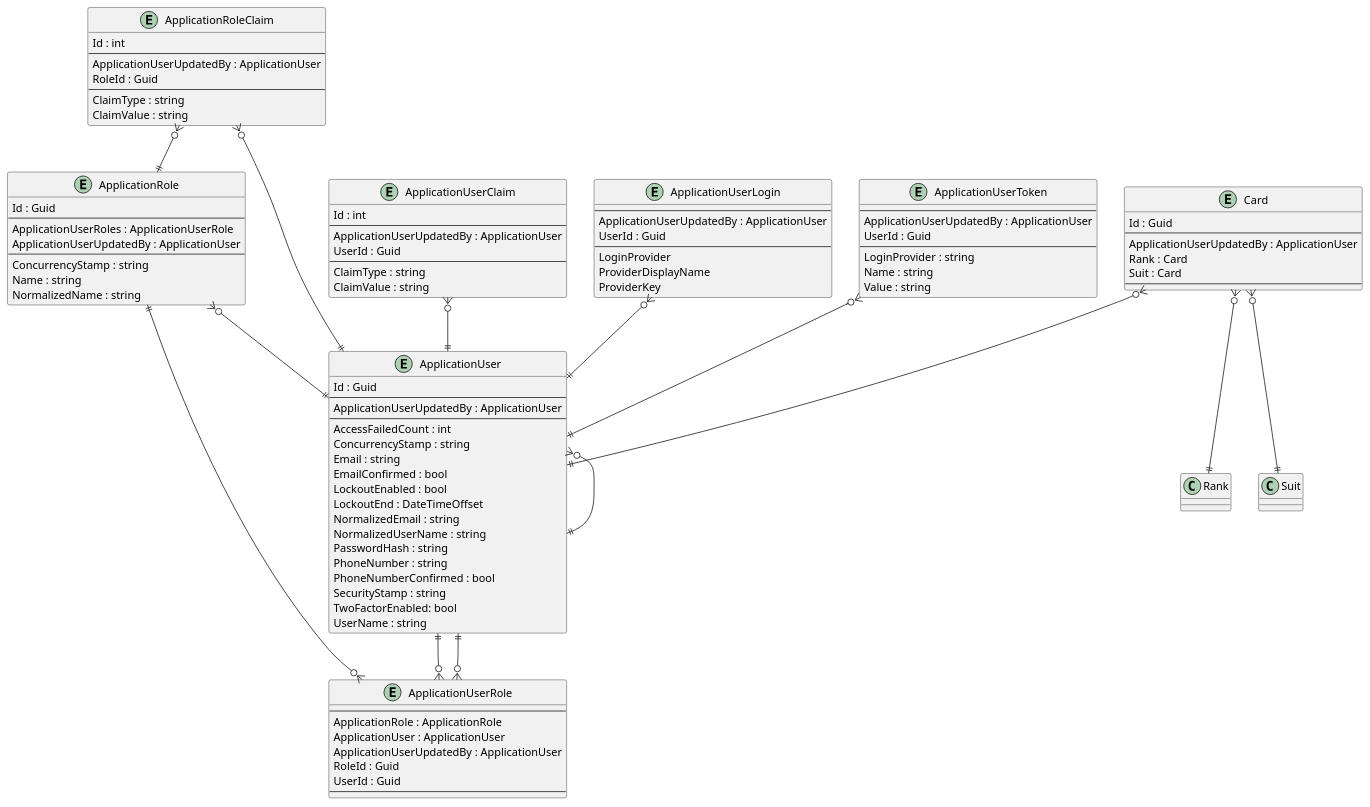
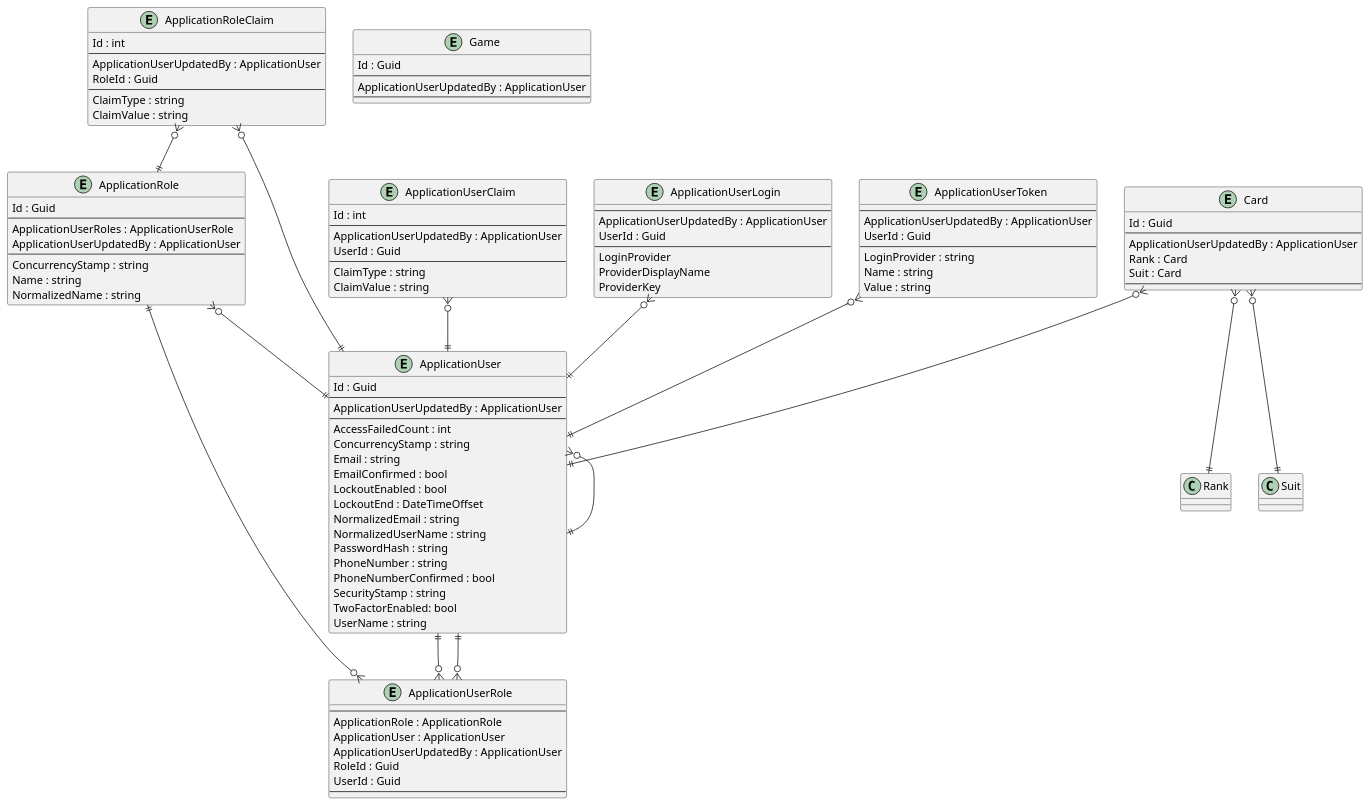
The diagram in .docs/Intrepion.KlondikeSolitaire.pu (intrepion/intrepion_klondike-solitaire_csharp), drawn with PlantUML before and after one commit.

```diff
--- a/.docs/Intrepion.KlondikeSolitaire.pu
+++ b/.docs/Intrepion.KlondikeSolitaire.pu
@@ -1,115 +1,124 @@
 @startuml
 
 entity ApplicationRole {
     Id : Guid
     --
     ApplicationUserRoles : ApplicationUserRole
     ApplicationUserUpdatedBy : ApplicationUser
     --
     ConcurrencyStamp : string
     Name : string
     NormalizedName : string
 }
 
 entity ApplicationRoleClaim {
     Id : int
     --
     ApplicationUserUpdatedBy : ApplicationUser
     RoleId : Guid
     --
     ClaimType : string
     ClaimValue : string
 }
 
 entity ApplicationUser {
     Id : Guid
     --
     ApplicationUserUpdatedBy : ApplicationUser
     ' ApplicationUserKeyCodePlaceholder
     --
     AccessFailedCount : int
     ConcurrencyStamp : string
     Email : string
     EmailConfirmed : bool
     LockoutEnabled : bool
     LockoutEnd : DateTimeOffset
     NormalizedEmail : string
     NormalizedUserName : string
     PasswordHash : string
     PhoneNumber : string
     PhoneNumberConfirmed : bool
     SecurityStamp : string
     TwoFactorEnabled: bool
     UserName : string
 }
 
 entity ApplicationUserClaim {
     Id : int
     --
     ApplicationUserUpdatedBy : ApplicationUser
     UserId : Guid
     --
     ClaimType : string
     ClaimValue : string
 }
 
 entity ApplicationUserLogin {
     --
     ApplicationUserUpdatedBy : ApplicationUser
     UserId : Guid
     --
     LoginProvider
     ProviderDisplayName
     ProviderKey
 }
 
 entity ApplicationUserRole {
     --
     ApplicationRole : ApplicationRole
     ApplicationUser : ApplicationUser
     ApplicationUserUpdatedBy : ApplicationUser
     RoleId : Guid
     UserId : Guid
     --
 }
 
 entity ApplicationUserToken {
     --
     ApplicationUserUpdatedBy : ApplicationUser
     UserId : Guid
     --
     LoginProvider : string
     Name : string
     Value : string
 }
 
 entity Card {
     Id : Guid
     --
     ApplicationUserUpdatedBy : ApplicationUser
     Rank : Card
     Suit : Card
     ' CardKeyCodePlaceholder
     --
     ' CardPropertyCodePlaceholder
 }
 
+entity Game {
+    Id : Guid
+    --
+    ApplicationUserUpdatedBy : ApplicationUser
+    ' GameKeyCodePlaceholder
+    --
+    ' GamePropertyCodePlaceholder
+}
+
 ' EntityCodePlaceholder
 
 ApplicationRole ||--o{ ApplicationUserRole
 ApplicationRole }o--|| ApplicationUser
 ApplicationRoleClaim }o--|| ApplicationRole
 ApplicationRoleClaim }o--|| ApplicationUser
 ApplicationUser }o--|| ApplicationUser
 ApplicationUser ||--o{ ApplicationUserRole
 ApplicationUserClaim }o--|| ApplicationUser
 ApplicationUserLogin }o--|| ApplicationUser
 ApplicationUserRole }o--|| ApplicationUser
 ApplicationUserToken }o--|| ApplicationUser
 
 Card }o--|| ApplicationUser
 Card }o--|| Rank
 Card }o--|| Suit
 ' RelationshipCodePlaceholder
 
 @enduml
```
